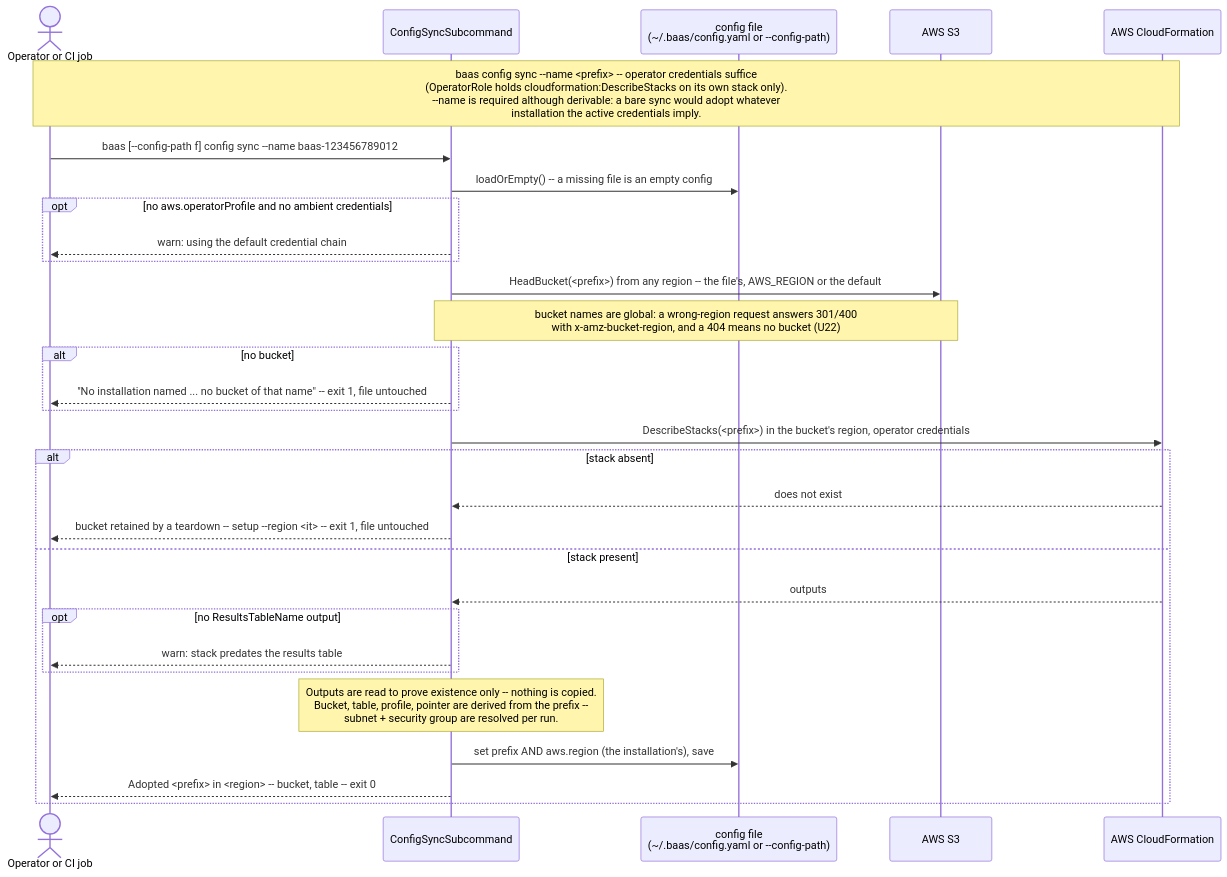
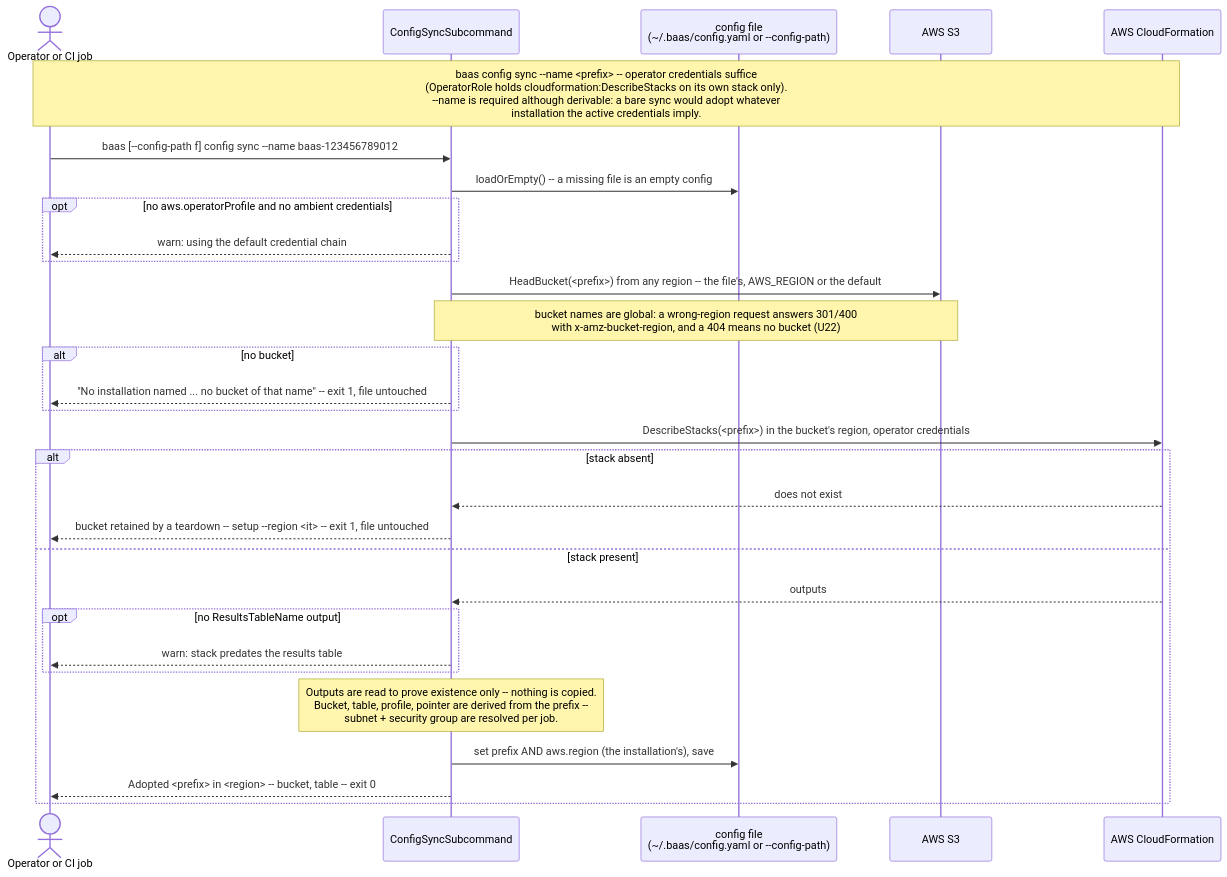
Before and after one commit to wsztajerowski/benchmark-as-a-service: the diagram in docs/diagrams/baas-config-sync.mmd, drawn with Mermaid. The commit also changed 21 other files, not shown here.

First line of the commit message:
docs: call a run a job in the docs and diagrams

```diff
--- a/docs/diagrams/baas-config-sync.mmd
+++ b/docs/diagrams/baas-config-sync.mmd
@@ -1,31 +1,31 @@
 sequenceDiagram
     actor User as Operator or CI job
     participant CS as ConfigSyncSubcommand
     participant CFG as config file<br/>(~/.baas/config.yaml or --config-path)
     participant S3 as AWS S3
     participant CF as AWS CloudFormation
 
     Note over User,CF: baas config sync --name <prefix> -- operator credentials suffice<br/>(OperatorRole holds cloudformation:DescribeStacks on its own stack only).<br/>--name is required although derivable: a bare sync would adopt whatever<br/>installation the active credentials imply.
     User->>CS: baas [--config-path f] config sync --name baas-123456789012
     CS->>CFG: loadOrEmpty() -- a missing file is an empty config
     opt no aws.operatorProfile and no ambient credentials
         CS-->>User: warn: using the default credential chain
     end
     CS->>S3: HeadBucket(<prefix>) from any region -- the file's, AWS_REGION or the default
     Note over CS,S3: bucket names are global: a wrong-region request answers 301/400<br/>with x-amz-bucket-region, and a 404 means no bucket (U22)
     alt no bucket
         CS-->>User: "No installation named ... no bucket of that name" -- exit 1, file untouched
     end
     CS->>CF: DescribeStacks(<prefix>) in the bucket's region, operator credentials
     alt stack absent
         CF-->>CS: does not exist
         CS-->>User: bucket retained by a teardown -- setup --region <it> -- exit 1, file untouched
     else stack present
         CF-->>CS: outputs
         opt no ResultsTableName output
             CS-->>User: warn: stack predates the results table
         end
-        Note over CS: Outputs are read to prove existence only -- nothing is copied.<br/>Bucket, table, profile, pointer are derived from the prefix --<br/>subnet + security group are resolved per run.
+        Note over CS: Outputs are read to prove existence only -- nothing is copied.<br/>Bucket, table, profile, pointer are derived from the prefix --<br/>subnet + security group are resolved per job.
         CS->>CFG: set prefix AND aws.region (the installation's), save
         CS-->>User: Adopted <prefix> in <region> -- bucket, table -- exit 0
     end
```
